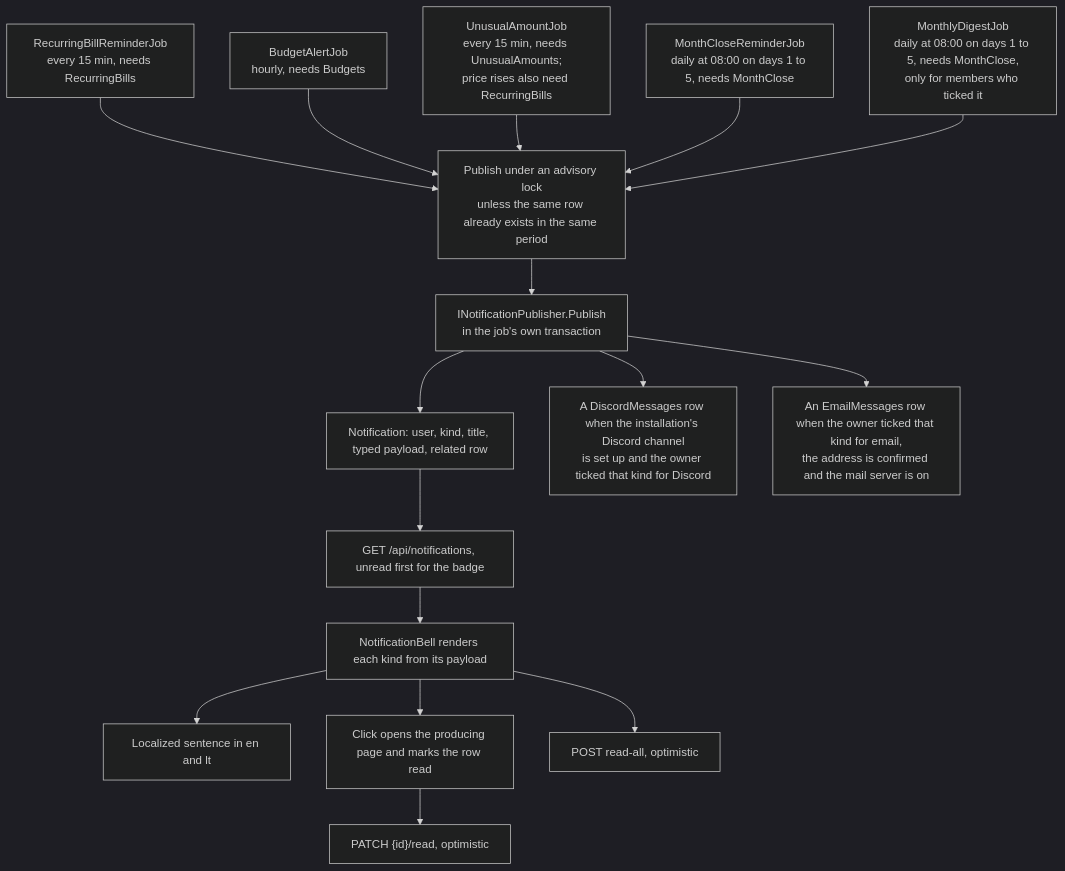
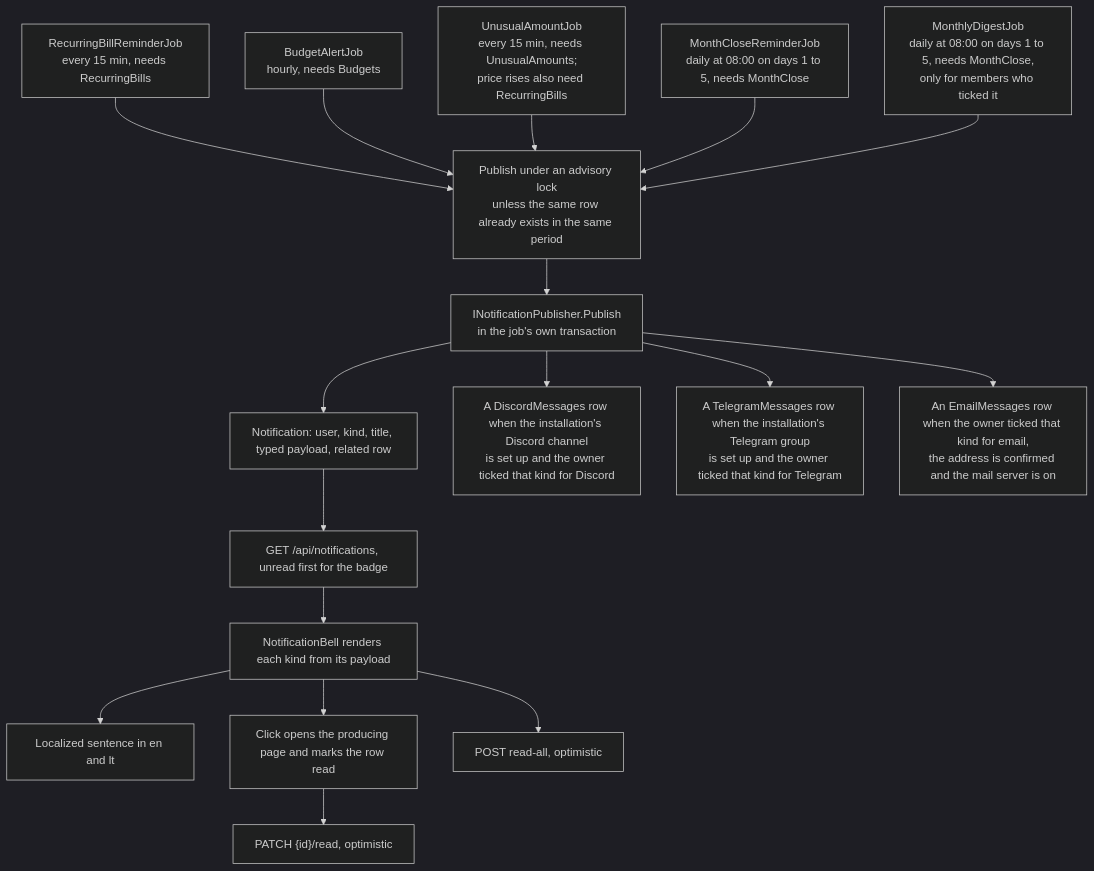
One commit to Justxs/Jx-Finance changed the diagram in docs/features/notifications.md. Above: the diagram before and after it, drawn with Mermaid (dark theme). The commit also changed other lines of this file and 159 other files, not shown here.

First line of the commit message:
feat(notifications): send notifications to a Telegram group

````diff
--- a/docs/features/notifications.md
+++ b/docs/features/notifications.md
@@ -7,18 +7,19 @@
 ```mermaid
 flowchart TD
     Bills["RecurringBillReminderJob<br/>every 15 min, needs RecurringBills"] --> Dedupe
     Budgets["BudgetAlertJob<br/>hourly, needs Budgets"] --> Dedupe
     Unusual["UnusualAmountJob<br/>every 15 min, needs UnusualAmounts;<br/>price rises also need RecurringBills"] --> Dedupe
     Close["MonthCloseReminderJob<br/>daily at 08:00 on days 1 to 5, needs MonthClose"] --> Dedupe
     Digest["MonthlyDigestJob<br/>daily at 08:00 on days 1 to 5, needs MonthClose,<br/>only for members who ticked it"] --> Dedupe
     Dedupe["Publish under an advisory lock<br/>unless the same row already exists in the same period"] --> Pub["INotificationPublisher.Publish<br/>in the job's own transaction"]
     Pub --> Row["Notification: user, kind, title, typed payload, related row"]
     Pub --> Discord["A DiscordMessages row when the installation's Discord channel<br/>is set up and the owner ticked that kind for Discord"]
+    Pub --> Telegram["A TelegramMessages row when the installation's Telegram group<br/>is set up and the owner ticked that kind for Telegram"]
     Pub --> Email["An EmailMessages row when the owner ticked that kind for email,<br/>the address is confirmed and the mail server is on"]
     Row --> List["GET /api/notifications, unread first for the badge"]
     List --> Bell["NotificationBell renders each kind from its payload"]
     Bell --> Text["Localized sentence in en and lt"]
     Bell --> Link["Click opens the producing page and marks the row read"]
     Link --> Read["PATCH {id}/read, optimistic"]
     Bell --> All["POST read-all, optimistic"]
 ```
````
